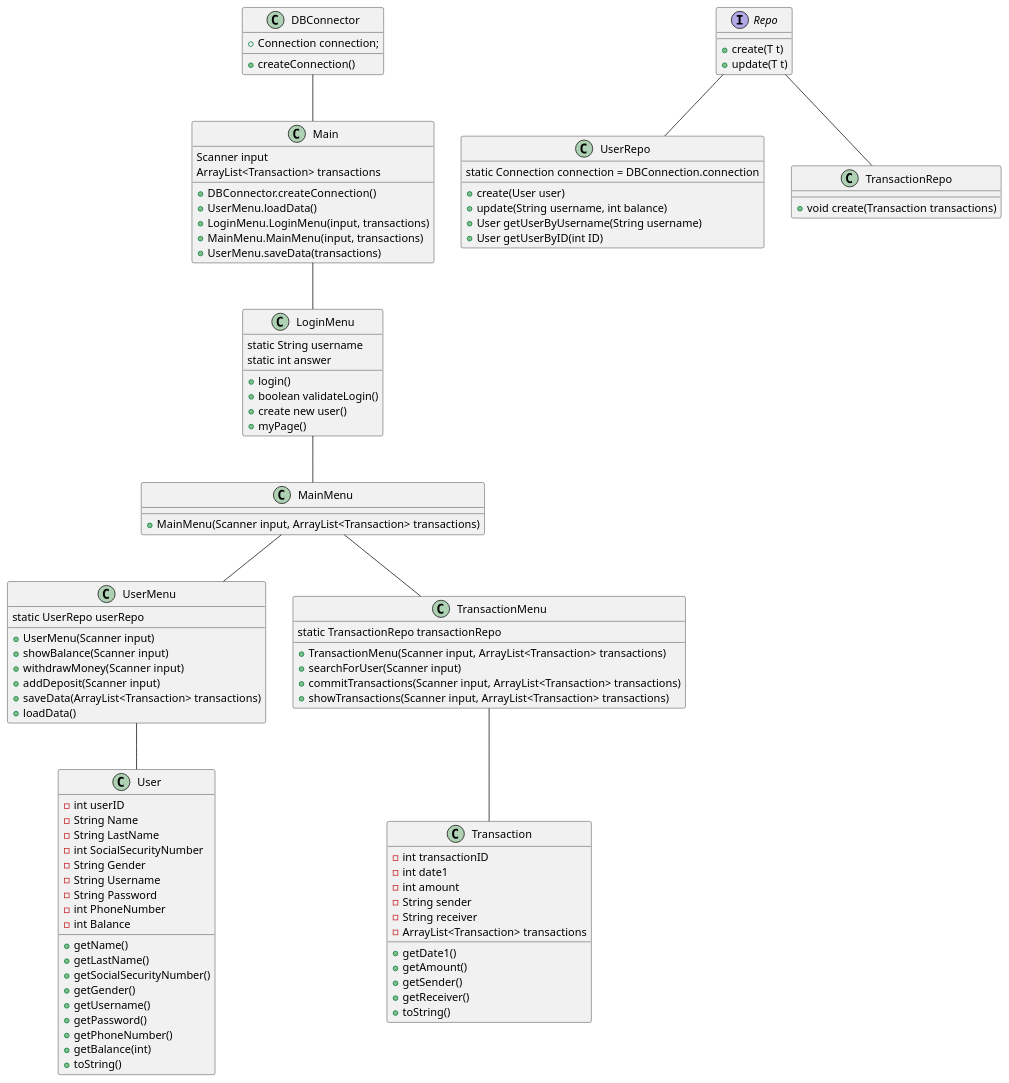
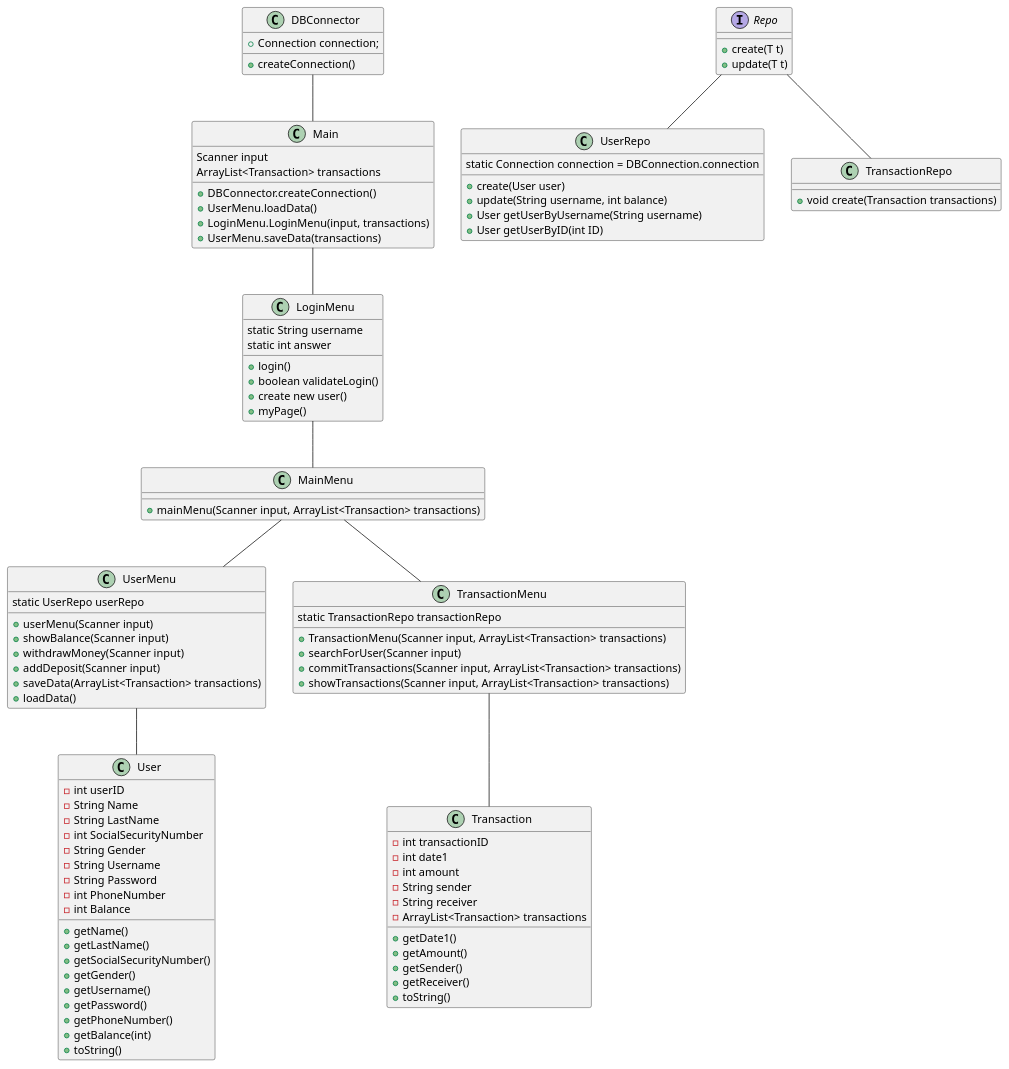
Before and after one commit to Ravnkilde1995/F22ICEPROJEKT-SWASS: the diagram in src/dokumentation/ClassDiagramTwo.puml, drawn with PlantUML. The commit also changed 12 other files, not shown here.

Commit message:
fixed showTransaction + menu

```diff
--- a/src/dokumentation/ClassDiagramTwo.puml
+++ b/src/dokumentation/ClassDiagramTwo.puml
@@ -1,118 +1,117 @@
 @startuml
 
 DBConnector -- Main
 Main -- LoginMenu
 LoginMenu -- MainMenu
 MainMenu -- UserMenu
 MainMenu -- TransactionMenu
 UserMenu -- User
 TransactionMenu -- Transaction
 Repo -- UserRepo
 Repo -- TransactionRepo
 
 class DBConnector {
 + Connection connection;
 + createConnection()
 }
 
 class LoginMenu{
  static String username
  static int answer
 
 + login()
 + boolean validateLogin()
 + create new user()
 + myPage()
 
 }
 
 class Main{
 Scanner input
 ArrayList<Transaction> transactions
 
 + DBConnector.createConnection()
 + UserMenu.loadData()
 + LoginMenu.LoginMenu(input, transactions)
-+ MainMenu.MainMenu(input, transactions)
 + UserMenu.saveData(transactions)
 }
 
 class MainMenu {
-+ MainMenu(Scanner input, ArrayList<Transaction> transactions)
++ mainMenu(Scanner input, ArrayList<Transaction> transactions)
 }
 
 class UserMenu{
 static UserRepo userRepo
 
-+ UserMenu(Scanner input)
++ userMenu(Scanner input)
 + showBalance(Scanner input)
 + withdrawMoney(Scanner input)
 + addDeposit(Scanner input)
 + saveData(ArrayList<Transaction> transactions)
 + loadData()
 }
 
 class TransactionMenu{
 static TransactionRepo transactionRepo
 
 + TransactionMenu(Scanner input, ArrayList<Transaction> transactions)
 + searchForUser(Scanner input)
 + commitTransactions(Scanner input, ArrayList<Transaction> transactions)
 + showTransactions(Scanner input, ArrayList<Transaction> transactions)
 }
 
 class User{
 - int userID
 - String Name
 - String LastName
 - int SocialSecurityNumber
 - String Gender
 - String Username
 - String Password
 - int PhoneNumber
 - int Balance
 
 + getName()
 + getLastName()
 + getSocialSecurityNumber()
 + getGender()
 + getUsername()
 + getPassword()
 + getPhoneNumber()
 + getBalance(int)
 + toString()
 }
 class Transaction {
 - int transactionID
 - int date1
 - int amount
 - String sender
 - String receiver
 - ArrayList<Transaction> transactions
 
 
 + getDate1()
 + getAmount()
 + getSender()
 + getReceiver()
 + toString()
 }
 
 interface Repo {
 + create(T t)
 + update(T t)
 }
 class UserRepo {
 static Connection connection = DBConnection.connection
 
 + create(User user)
 + update(String username, int balance)
 + User getUserByUsername(String username)
 + User getUserByID(int ID)
 
 }
 class TransactionRepo {
 + void create(Transaction transactions)
 }
 
 @enduml
```
